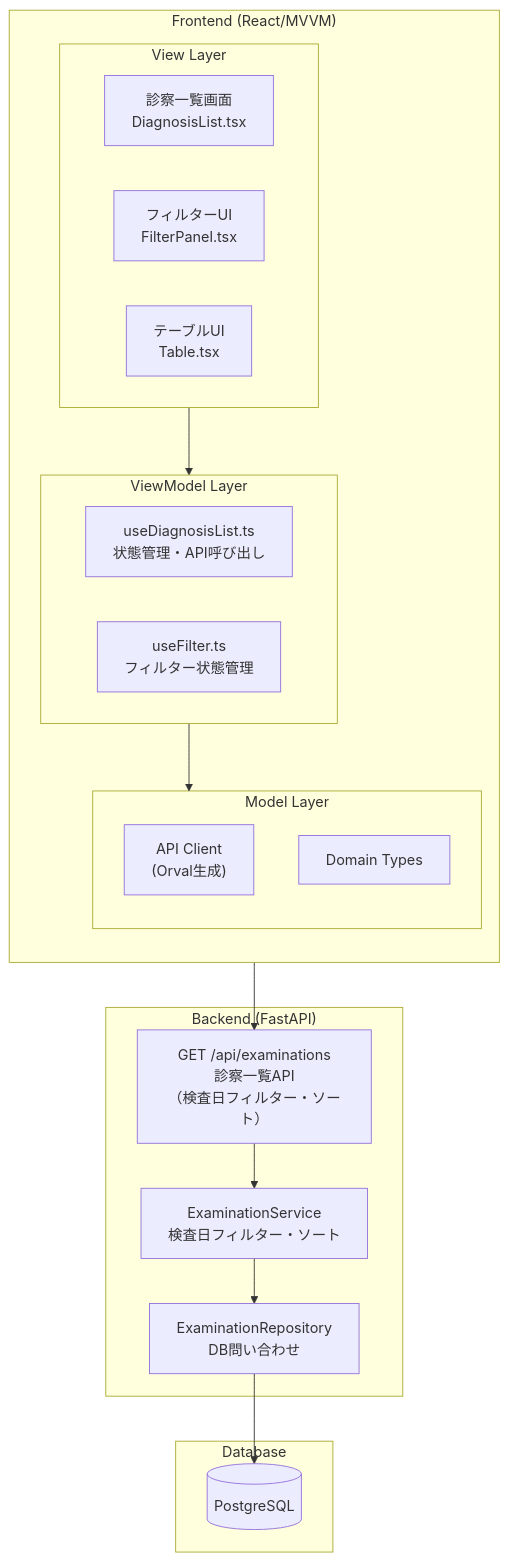
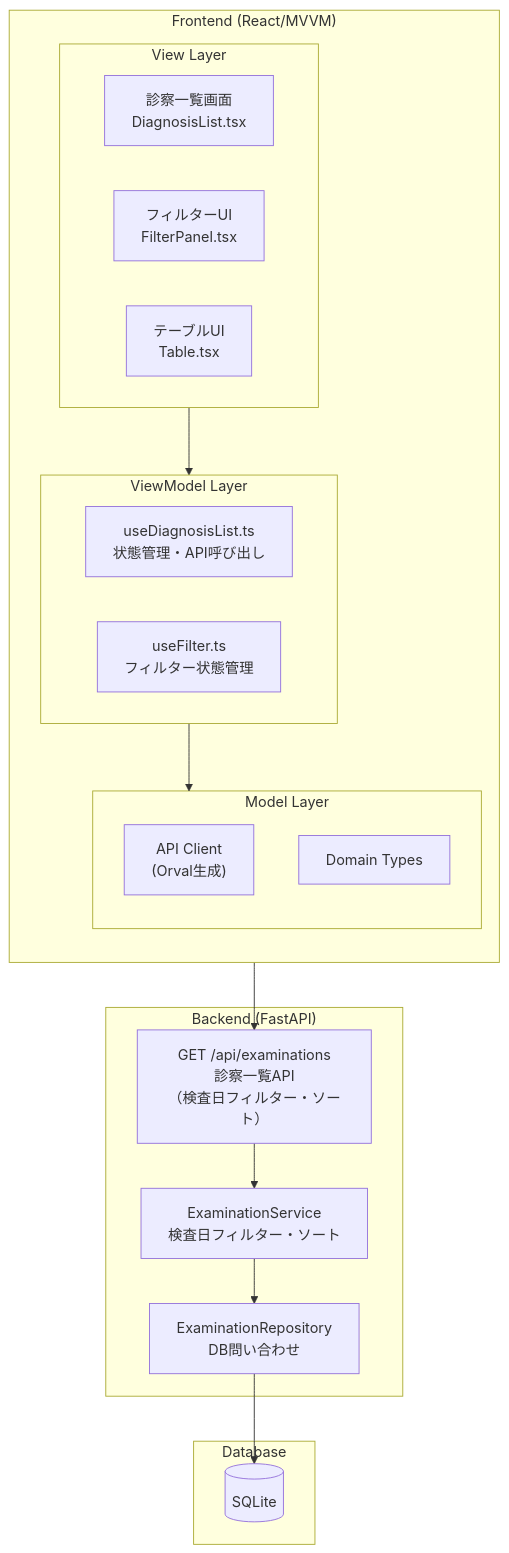
One commit to Universal-Micro-Networks/ecg-mi-inference changed the diagram in .kiro/specs/diagnosis-list/requirements.md. Above: the diagram before and after it, drawn with Mermaid. The commit also changed other lines of this file and 93 other files, not shown here.

````diff
--- a/.kiro/specs/diagnosis-list/requirements.md
+++ b/.kiro/specs/diagnosis-list/requirements.md
@@ -149,39 +150,39 @@
 ```mermaid
 flowchart TB
     subgraph FE["Frontend (React/MVVM)"]
         direction TB
         subgraph View["View Layer"]
             DL["診察一覧画面<br/>DiagnosisList.tsx"]
             FT["フィルターUI<br/>FilterPanel.tsx"]
             TB["テーブルUI<br/>Table.tsx"]
         end
 
         subgraph VM["ViewModel Layer"]
             UDL["useDiagnosisList.ts<br/>状態管理・API呼び出し"]
             UFL["useFilter.ts<br/>フィルター状態管理"]
         end
 
         subgraph Model["Model Layer"]
             API["API Client<br/>(Orval生成)"]
             DT["Domain Types"]
         end
 
         View --> VM
         VM --> Model
     end
 
     subgraph BE["Backend (FastAPI)"]
         EP["GET /api/examinations<br/>診察一覧API<br/>（検査日フィルター・ソート）"]
         ES["ExaminationService<br/>検査日フィルター・ソート"]
         ER["ExaminationRepository<br/>DB問い合わせ"]
     end
 
     subgraph DB["Database"]
-        PG[(PostgreSQL)]
+        PG[(SQLite)]
     end
 
     API --> EP
     EP --> ES
     ES --> ER
     ER --> PG
 ```
````
